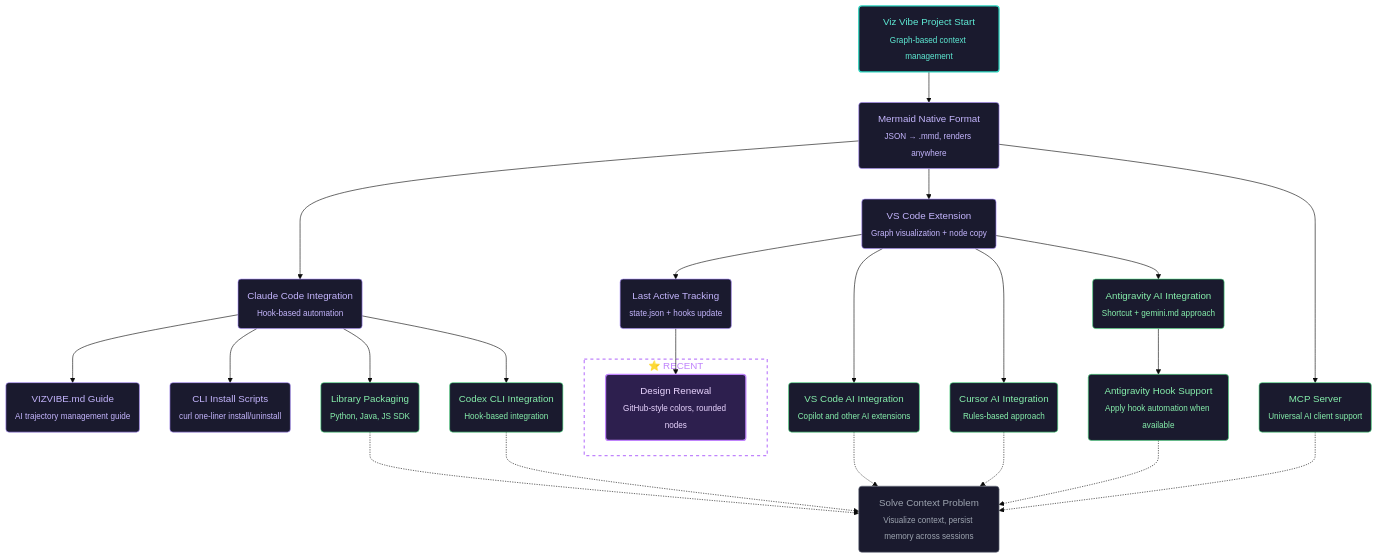
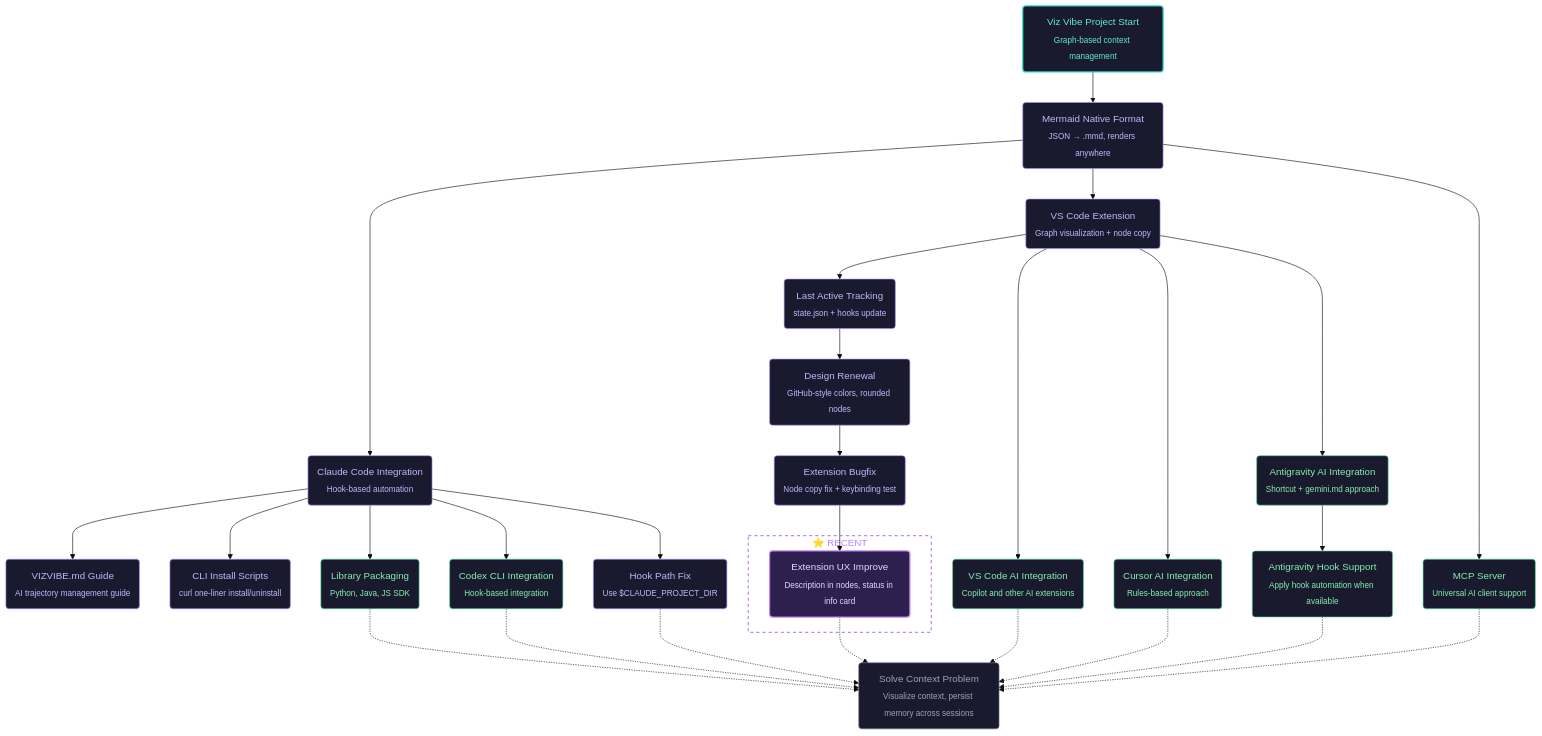
One commit to NamHyeongKeol/viz-vibe changed the diagram in vizvibe.mmd. Above: the diagram before and after it, drawn with Mermaid (base theme). The commit also changed 5 other files, not shown here.

First line of the commit message:
feat: Extension UX improvements and Stop hook fix

```diff
--- a/vizvibe.mmd
+++ b/vizvibe.mmd
@@ -1,112 +1,132 @@
 flowchart TD
     %% === PROJECT GOALS ===
     %% Ultimate Goal: Make human-AI collaboration seamless with visual context maps
     %% Current Goal: Expand AI agent integrations to other platforms
-    %% @lastActive: design_renewal
+    %% @lastActive: extension_ux_improve
 
     %% === START ===
     %% @project_start [start, closed]: Project started - graph-based context management tool
     project_start("Viz Vibe Project Start<br/><sub>Graph-based context management</sub>")
 
     %% @ultimate_goal [end, opened]: Ultimate goal - visualize context across all AI coding environments
     ultimate_goal("Solve Context Problem<br/><sub>Visualize context, persist memory across sessions</sub>")
 
     %% === COMPLETED WORK ===
     %% @mermaid_native [ai-task, closed]: Switched from JSON to Mermaid .mmd
     mermaid_native("Mermaid Native Format<br/><sub>JSON → .mmd, renders anywhere</sub>")
 
     %% @claude_code_integration [ai-task, closed]: Claude Code AI agent integration via hooks
     claude_code_integration("Claude Code Integration<br/><sub>Hook-based automation</sub>")
 
     %% @vizvibe_guide [ai-task, closed]: Created VIZVIBE.md guide
     vizvibe_guide("VIZVIBE.md Guide<br/><sub>AI trajectory management guide</sub>")
 
     %% @install_scripts [ai-task, closed]: Created install scripts
     install_scripts("CLI Install Scripts<br/><sub>curl one-liner install/uninstall</sub>")
 
     %% @vscode_extension [ai-task, closed]: VS Code extension with graph visualization and node copy
     vscode_extension("VS Code Extension<br/><sub>Graph visualization + node copy</sub>")
 
     %% @lastactive_tracking [ai-task, closed]: Added lastActiveNode tracking to state.json and hooks
     lastactive_tracking("Last Active Tracking<br/><sub>state.json + hooks update</sub>")
 
     %% @design_renewal [ai-task, closed]: GitHub-style design - green/purple colors, rounded rectangles
-    subgraph recent [⭐ RECENT]
-        design_renewal("Design Renewal<br/><sub>GitHub-style colors, rounded nodes</sub>")
-    end
+    design_renewal("Design Renewal<br/><sub>GitHub-style colors, rounded nodes</sub>")
+
+    %% @extension_bugfix [ai-task, closed]: Fix node copy regex and add keybinding test command
+    extension_bugfix("Extension Bugfix<br/><sub>Node copy fix + keybinding test</sub>")
 
     %% === FUTURE WORK: AI AGENT INTEGRATIONS ===
     %% @vscode_agent_integration [ai-task, opened]: VS Code AI agent integration
     vscode_agent_integration("VS Code AI Integration<br/><sub>Copilot and other AI extensions</sub>")
 
     %% @cursor_agent_integration [ai-task, opened]: Cursor AI agent integration
     cursor_agent_integration("Cursor AI Integration<br/><sub>Rules-based approach</sub>")
 
     %% @antigravity_agent_integration [ai-task, opened]: Antigravity AI agent integration
     antigravity_agent_integration("Antigravity AI Integration<br/><sub>Shortcut + gemini.md approach</sub>")
 
     %% @antigravity_hook_support [ai-task, opened]: Antigravity hook support when available
     antigravity_hook_support("Antigravity Hook Support<br/><sub>Apply hook automation when available</sub>")
 
     %% @codex_cli_integration [ai-task, opened]: Codex CLI AI agent integration
     codex_cli_integration("Codex CLI Integration<br/><sub>Hook-based integration</sub>")
 
     %% === FUTURE WORK: OTHER ===
+    %% @hook_path_fix [ai-task, closed]: Fix hooks to work regardless of current working directory
+    hook_path_fix("Hook Path Fix<br/><sub>Use $CLAUDE_PROJECT_DIR</sub>")
+
+    %% @extension_ux_improve [ai-task, closed]: Extension UX - description in nodes, info card status, keybinding cleanup
+    subgraph recent [⭐ RECENT]
+        extension_ux_improve("Extension UX Improve<br/><sub>Description in nodes, status in info card</sub>")
+    end
+
     %% @lib_packaging [ai-task, opened]: Library packaging - SDK for Python, Java, JS
     lib_packaging("Library Packaging<br/><sub>Python, Java, JS SDK</sub>")
 
     %% @mcp_server [ai-task, opened]: Complete MCP server
     mcp_server("MCP Server<br/><sub>Universal AI client support</sub>")
 
     %% === CONNECTIONS ===
     project_start --> mermaid_native
     mermaid_native --> claude_code_integration
     mermaid_native --> vscode_extension
     claude_code_integration --> vizvibe_guide
     claude_code_integration --> install_scripts
     claude_code_integration --> lib_packaging
     claude_code_integration --> codex_cli_integration
     vscode_extension --> lastactive_tracking
     lastactive_tracking --> design_renewal
+    design_renewal --> extension_bugfix
     vscode_extension --> vscode_agent_integration
     vscode_extension --> cursor_agent_integration
     vscode_extension --> antigravity_agent_integration
     antigravity_agent_integration --> antigravity_hook_support
     mermaid_native --> mcp_server
+    claude_code_integration --> hook_path_fix
+    extension_bugfix --> extension_ux_improve
+    extension_ux_improve -.-> ultimate_goal
     lib_packaging -.-> ultimate_goal
+    hook_path_fix -.-> ultimate_goal
     mcp_server -.-> ultimate_goal
     codex_cli_integration -.-> ultimate_goal
     vscode_agent_integration -.-> ultimate_goal
     cursor_agent_integration -.-> ultimate_goal
     antigravity_hook_support -.-> ultimate_goal
 
     %% === STYLES ===
     %% GitHub-inspired colors: Open = green, Closed = purple/gray
 
     %% Start node (teal)
     style project_start fill:#1a1a2e,stroke:#2dd4bf,color:#5eead4,stroke-width:2px
 
     %% Ultimate Goal (muted)
     style ultimate_goal fill:#1a1a2e,stroke:#6b7280,color:#9ca3af,stroke-width:1px
 
     %% Closed tasks (soft purple - like GitHub merged)
     style mermaid_native fill:#1a1a2e,stroke:#a78bfa,color:#c4b5fd,stroke-width:1px
     style claude_code_integration fill:#1a1a2e,stroke:#a78bfa,color:#c4b5fd,stroke-width:1px
     style vizvibe_guide fill:#1a1a2e,stroke:#a78bfa,color:#c4b5fd,stroke-width:1px
     style install_scripts fill:#1a1a2e,stroke:#a78bfa,color:#c4b5fd,stroke-width:1px
     style vscode_extension fill:#1a1a2e,stroke:#a78bfa,color:#c4b5fd,stroke-width:1px
 
     style lastactive_tracking fill:#1a1a2e,stroke:#a78bfa,color:#c4b5fd,stroke-width:1px
+    style design_renewal fill:#1a1a2e,stroke:#a78bfa,color:#c4b5fd,stroke-width:1px
+
+    style extension_bugfix fill:#1a1a2e,stroke:#a78bfa,color:#c4b5fd,stroke-width:1px
+
+    %% Closed tasks continued
+    style hook_path_fix fill:#1a1a2e,stroke:#a78bfa,color:#c4b5fd,stroke-width:1px
 
     %% Last active node (highlighted - brighter purple with glow effect)
-    style design_renewal fill:#2d1f4e,stroke:#c084fc,color:#e9d5ff,stroke-width:2px
+    style extension_ux_improve fill:#2d1f4e,stroke:#c084fc,color:#e9d5ff,stroke-width:2px
     style recent fill:transparent,stroke:#c084fc,color:#c084fc,stroke-width:2px,stroke-dasharray:5 5
 
     %% Open tasks (soft green - like GitHub open)
     style vscode_agent_integration fill:#1a1a2e,stroke:#4ade80,color:#86efac,stroke-width:1px
     style cursor_agent_integration fill:#1a1a2e,stroke:#4ade80,color:#86efac,stroke-width:1px
     style antigravity_agent_integration fill:#1a1a2e,stroke:#4ade80,color:#86efac,stroke-width:1px
     style antigravity_hook_support fill:#1a1a2e,stroke:#4ade80,color:#86efac,stroke-width:1px
     style codex_cli_integration fill:#1a1a2e,stroke:#4ade80,color:#86efac,stroke-width:1px
     style lib_packaging fill:#1a1a2e,stroke:#4ade80,color:#86efac,stroke-width:1px
     style mcp_server fill:#1a1a2e,stroke:#4ade80,color:#86efac,stroke-width:1px
```
